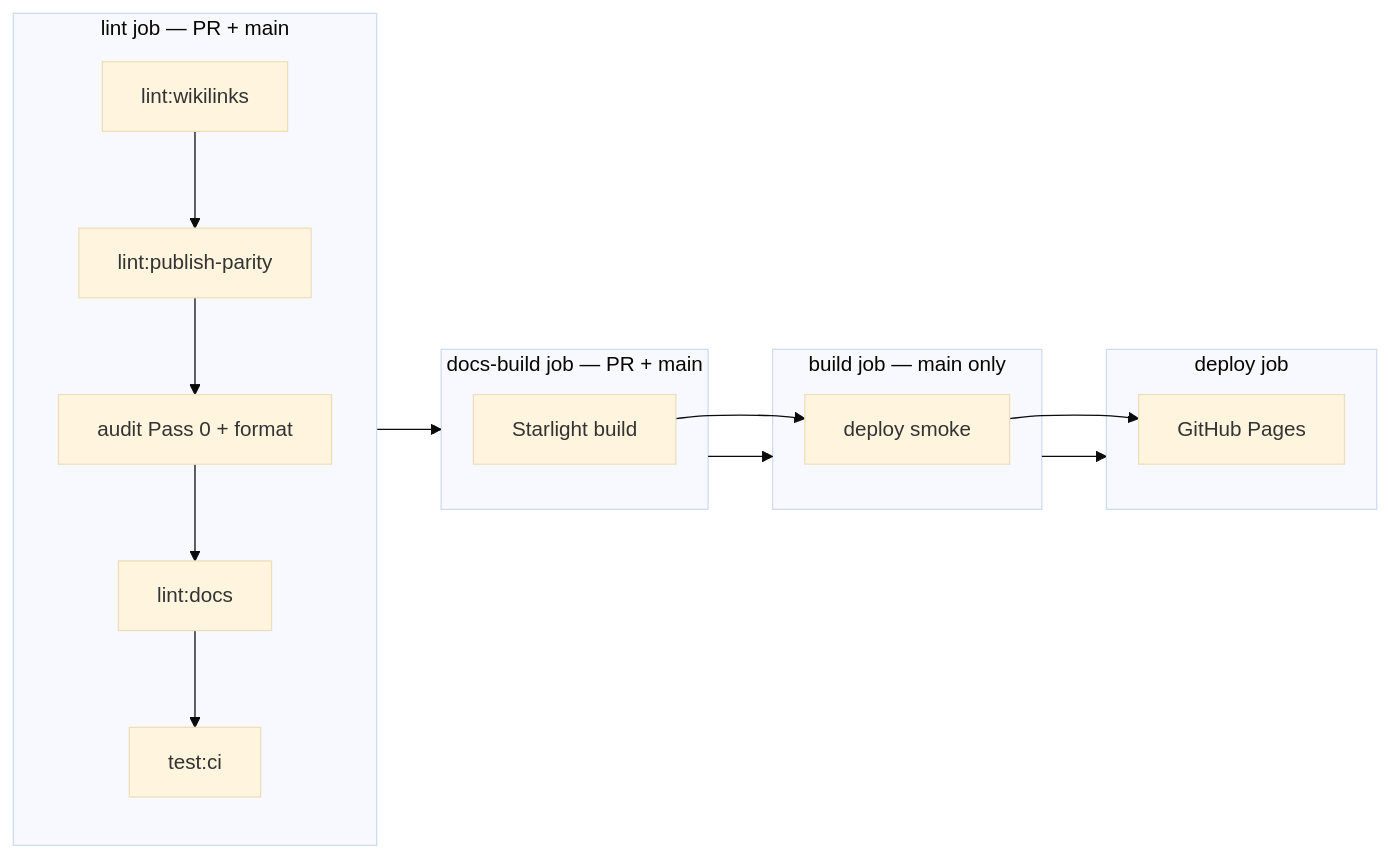
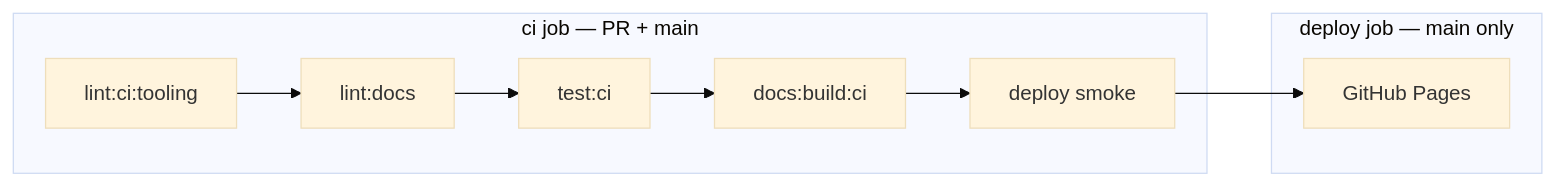
One commit to LOsioChico/knowledge-base changed the diagram in docs/PIPELINE.md. Above: the diagram before and after it, drawn with Mermaid (base theme). The commit also changed other lines of this file and 3 other files, not shown here.

First line of the commit message:
ci: consolidate workflow and dedupe Starlight build

````diff
--- a/docs/PIPELINE.md
+++ b/docs/PIPELINE.md
@@ -7,25 +7,15 @@
 ```mermaid
 flowchart LR
-  subgraph lint [lint job — PR + main]
-    W[lint:wikilinks]
-    PP[lint:publish-parity]
-    P0[audit Pass 0 + format]
+  subgraph ci [ci job — PR + main]
+    W[lint:ci:tooling]
     D[lint:docs]
     T[test:ci]
-  end
-  subgraph docsBuild [docs-build job — PR + main]
-    S[Starlight build]
-  end
-  subgraph pagesBuild [build job — main only]
+    S[docs:build:ci]
     Smoke[deploy smoke]
   end
-  subgraph deploy [deploy job]
+  subgraph deploy [deploy job — main only]
     P[GitHub Pages]
   end
-  W --> PP --> P0 --> D --> T
-  lint --> docsBuild
-  docsBuild --> pagesBuild
-  pagesBuild --> deploy
-  S --> Smoke
+  W --> D --> T --> S --> Smoke
   Smoke --> P
 ```
````
